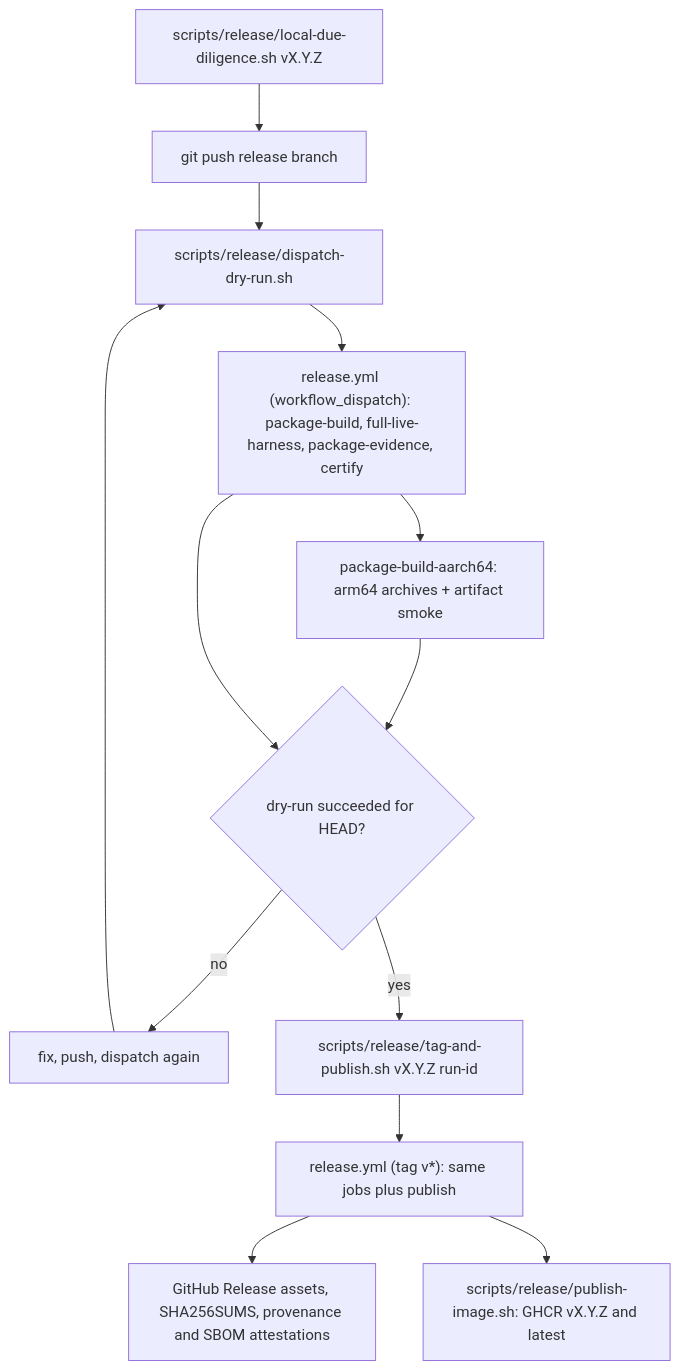
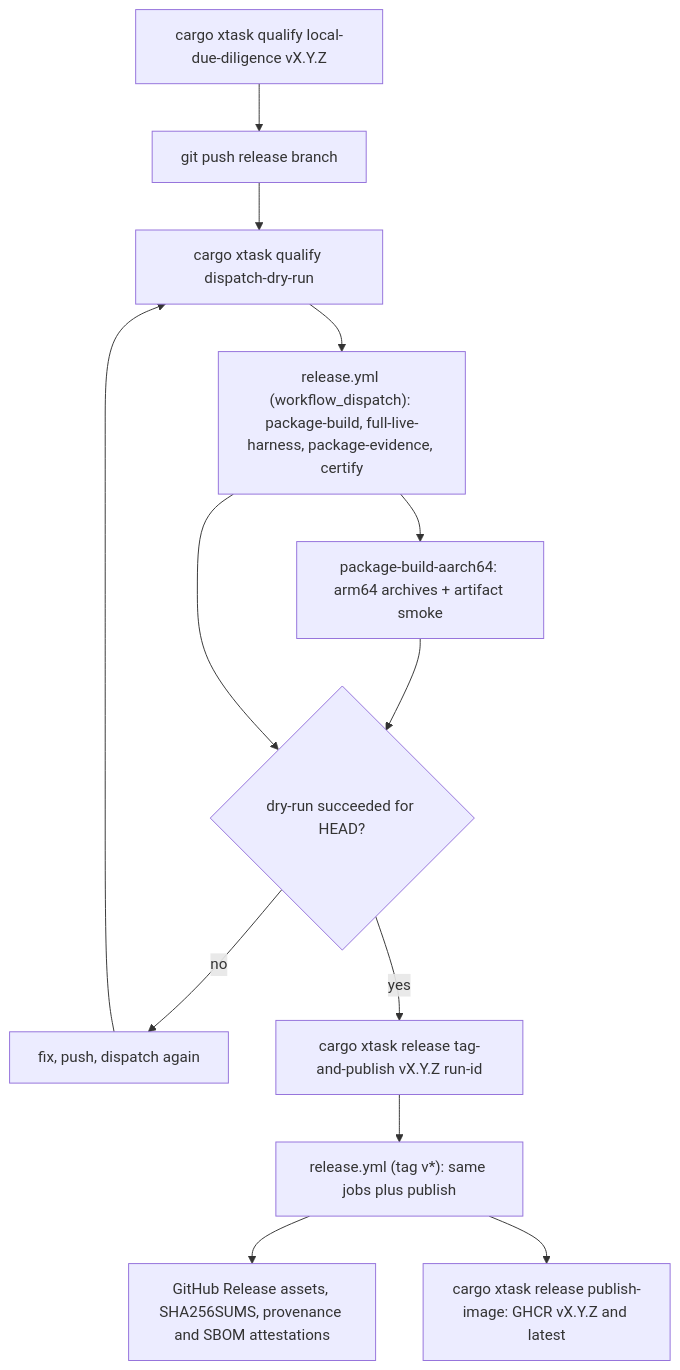
The diagram in docs/release-runbook.md (krsna1729/restream), drawn with Mermaid before and after one commit. The commit also changed other lines of this file and 146 other files, not shown here.

````diff
--- a/docs/release-runbook.md
+++ b/docs/release-runbook.md
@@ -22,15 +22,15 @@
 ```mermaid
 flowchart TD
-  ldd["scripts/release/local-due-diligence.sh vX.Y.Z"] --> push["git push release branch"]
-  push --> dry["scripts/release/dispatch-dry-run.sh"]
+  ldd["cargo xtask qualify local-due-diligence vX.Y.Z"] --> push["git push release branch"]
+  push --> dry["cargo xtask qualify dispatch-dry-run"]
   dry --> wf["release.yml (workflow_dispatch): package-build, full-live-harness, package-evidence, certify"]
   wf --> arm["package-build-aarch64: arm64 archives + artifact smoke"]
   arm --> ok
   wf --> ok{"dry-run succeeded for HEAD?"}
   ok -- no --> fix["fix, push, dispatch again"]
   fix --> dry
-  ok -- yes --> tag["scripts/release/tag-and-publish.sh vX.Y.Z run-id"]
+  ok -- yes --> tag["cargo xtask release tag-and-publish vX.Y.Z run-id"]
   tag --> tagwf["release.yml (tag v*): same jobs plus publish"]
   tagwf --> gh["GitHub Release assets, SHA256SUMS, provenance and SBOM attestations"]
-  tagwf --> img["scripts/release/publish-image.sh: GHCR vX.Y.Z and latest"]
+  tagwf --> img["cargo xtask release publish-image: GHCR vX.Y.Z and latest"]
 ```
````
